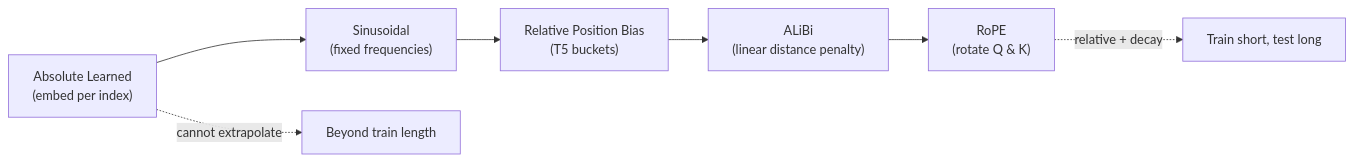
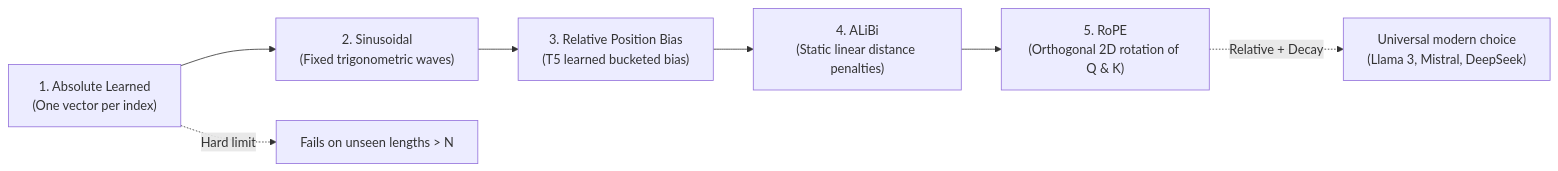
The first of 8 diagrams in content/docs/ai-agents/agentic-ai/02-transformer-models-and-tricks.mdx (1345AbhishekKumar/cs-cookbook), drawn with Mermaid before and after one commit. The commit also changed other lines of this file and 299 other files, not shown here.

````diff
--- a/content/docs/ai-agents/agentic-ai/02-transformer-models-and-tricks.mdx
+++ b/content/docs/ai-agents/agentic-ai/02-transformer-models-and-tricks.mdx
@@ -28,9 +36,10 @@
 ```mermaid
 flowchart LR
-    A["Absolute Learned<br/>(embed per index)"] --> B["Sinusoidal<br/>(fixed frequencies)"]
-    B --> C["Relative Position Bias<br/>(T5 buckets)"]
-    C --> D["ALiBi<br/>(linear distance penalty)"]
-    D --> E["RoPE<br/>(rotate Q & K)"]
-    A -.->|"cannot extrapolate"| X["Beyond train length"]
-    E -.->|"relative + decay"| Y["Train short, test long"]
+    A["1. Absolute Learned<br/>(One vector per index)"] --> B["2. Sinusoidal<br/>(Fixed trigonometric waves)"]
+    B --> C["3. Relative Position Bias<br/>(T5 learned bucketed bias)"]
+    C --> D["4. ALiBi<br/>(Static linear distance penalties)"]
+    D --> E["5. RoPE<br/>(Orthogonal 2D rotation of Q & K)"]
+
+    A -.->|"Hard limit"| X["Fails on unseen lengths > N"]
+    E -.->|"Relative + Decay"| Y["Universal modern choice<br/>(Llama 3, Mistral, DeepSeek)"]
 ```
````
